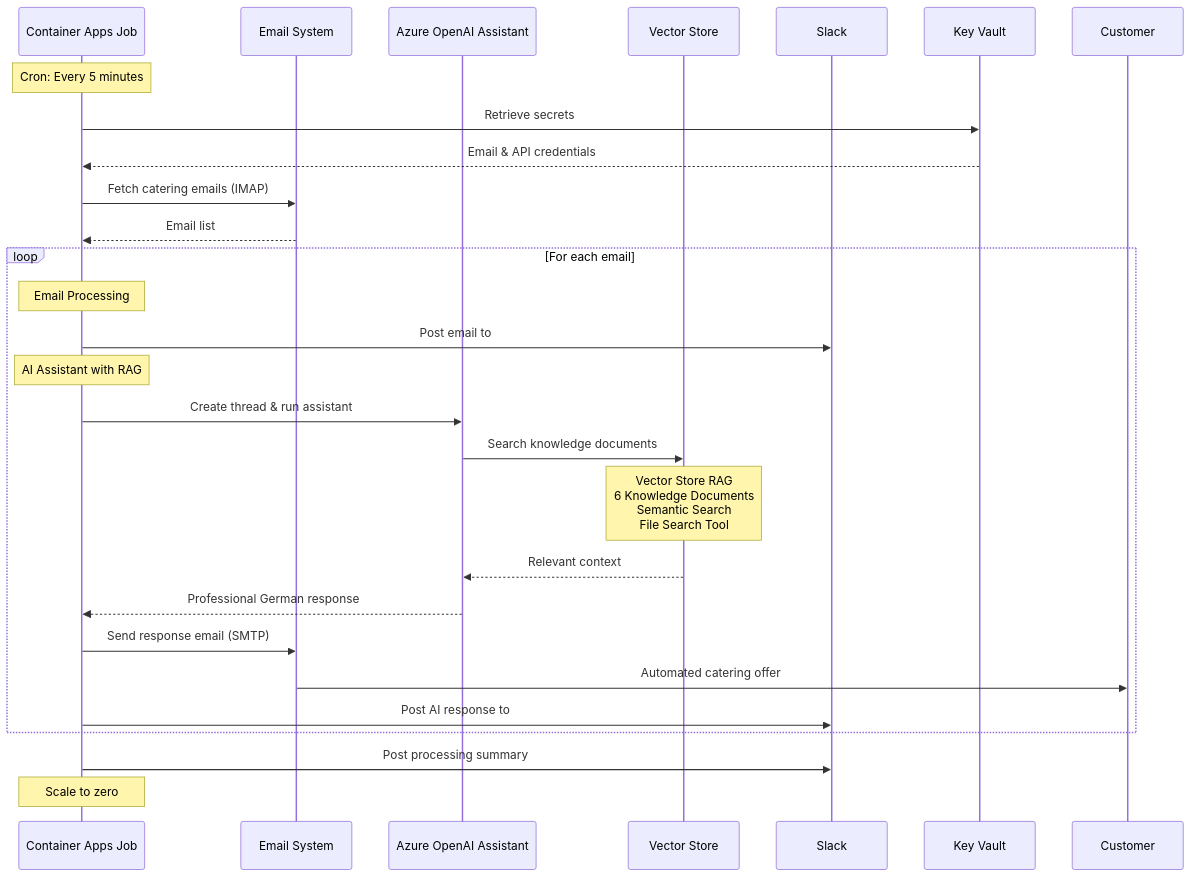
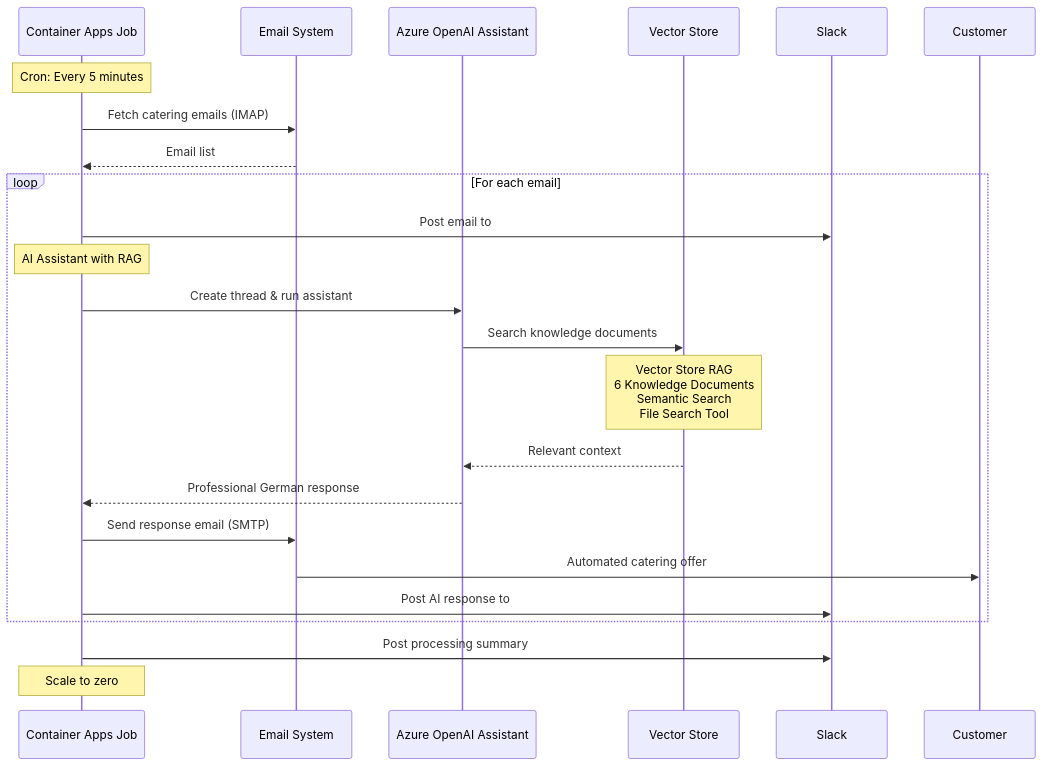
The second of 2 diagrams in README.md (ma3u/jasmin-catering-ai-agent), drawn with Mermaid before and after one commit. The commit also changed other lines of this file, not shown here.

````diff
--- a/README.md
+++ b/README.md
@@ -90,39 +70,32 @@
 ```mermaid
 sequenceDiagram
     participant CJ as Container Apps Job
     participant E as Email System
     participant AI as Azure OpenAI Assistant
     participant VS as Vector Store
     participant S as Slack
-    participant KV as Key Vault
     participant CU as Customer
     
-
     Note over CJ: Cron: Every 5 minutes
-    CJ->>KV: Retrieve secrets
-    KV-->>CJ: Email & API credentials
-    
     CJ->>E: Fetch catering emails (IMAP)
     E-->>CJ: Email list
     
     loop For each email
-        Note over CJ: Email Processing
         CJ->>S: Post email to #requests channel
         
         Note over CJ: AI Assistant with RAG
         CJ->>AI: Create thread & run assistant
         AI->>VS: Search knowledge documents
         Note over VS: Vector Store RAG<br/>6 Knowledge Documents<br/>Semantic Search<br/>File Search Tool
         VS-->>AI: Relevant context
         AI-->>CJ: Professional German response
         
         CJ->>E: Send response email (SMTP)
         E->>CU: Automated catering offer
         
         CJ->>S: Post AI response to #responses channel
     end
     
     CJ->>S: Post processing summary
     Note over CJ: Scale to zero
-
 ```
````
